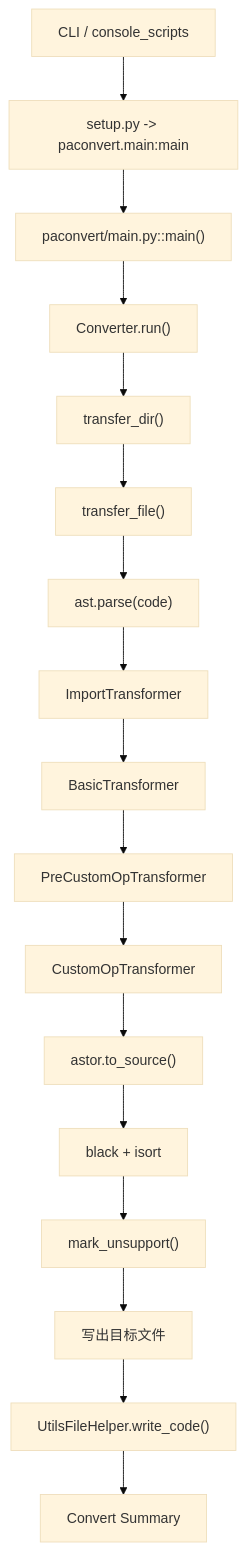
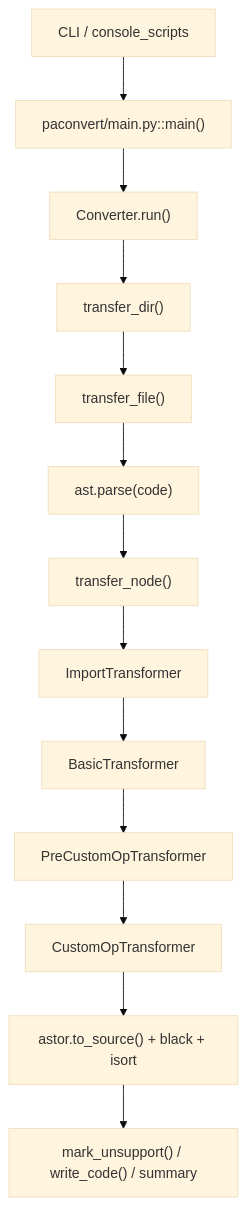
One commit to Aidenwu0209/Paconvert_study changed the diagram in docs/02-how-paconvert-runs.md. Above: the diagram before and after it, drawn with Mermaid (base theme). The commit also changed other lines of this file and 12 other files, not shown here.

````diff
--- a/docs/02-how-paconvert-runs.md
+++ b/docs/02-how-paconvert-runs.md
@@ -28,19 +5,15 @@
 ```mermaid
 flowchart TD
-    A["CLI / console_scripts"] --> B["setup.py -> paconvert.main:main"]
-    B --> C["paconvert/main.py::main()"]
-    C --> D["Converter.run()"]
-    D --> E["transfer_dir()"]
-    E --> F["transfer_file()"]
-    F --> G["ast.parse(code)"]
+    A["CLI / console_scripts"] --> B["paconvert/main.py::main()"]
+    B --> C["Converter.run()"]
+    C --> D["transfer_dir()"]
+    D --> E["transfer_file()"]
+    E --> F["ast.parse(code)"]
+    F --> G["transfer_node()"]
     G --> H["ImportTransformer"]
     H --> I["BasicTransformer"]
     I --> J["PreCustomOpTransformer"]
     J --> K["CustomOpTransformer"]
-    K --> L["astor.to_source()"]
-    L --> M["black + isort"]
-    M --> N["mark_unsupport()"]
-    N --> O["写出目标文件"]
-    O --> P["UtilsFileHelper.write_code()"]
-    P --> Q["Convert Summary"]
+    K --> L["astor.to_source() + black + isort"]
+    L --> M["mark_unsupport() / write_code() / summary"]
 ```
````
